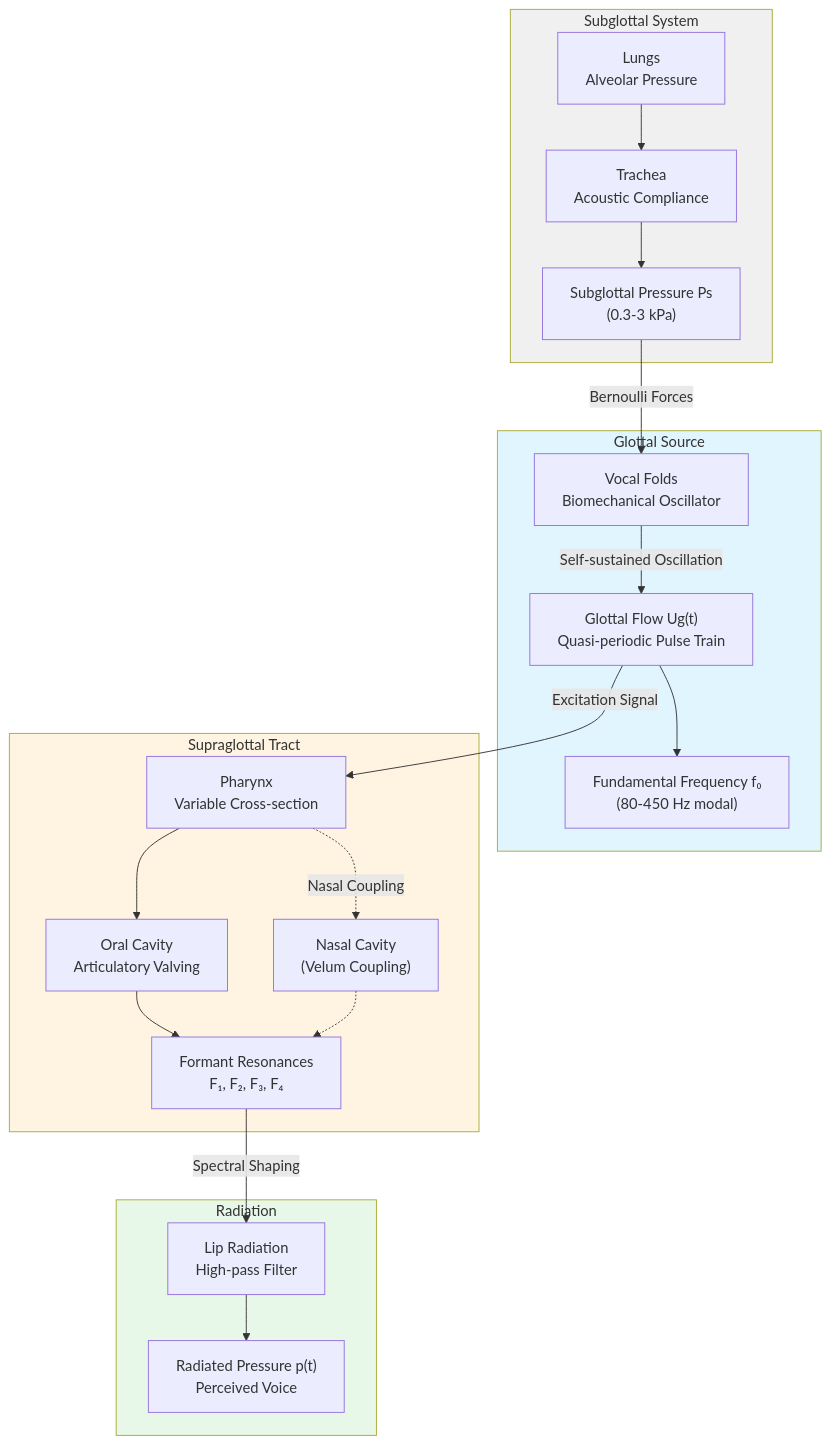
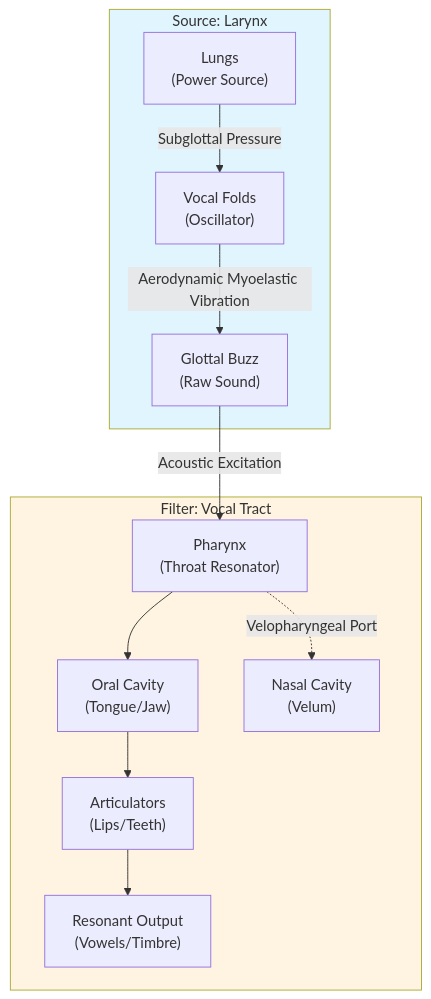
One commit to blebleblee/synapse changed the diagram in topics/arts/music_performance/vocals/lesson_02_vocal_technique.md. Above: the diagram before and after it, drawn with Mermaid. The commit also changed other lines of this file and 4 other files, not shown here.

````diff
--- a/topics/arts/music_performance/vocals/lesson_02_vocal_technique.md
+++ b/topics/arts/music_performance/vocals/lesson_02_vocal_technique.md
@@ -44,44 +14,27 @@
 ```mermaid
 graph TB
-    subgraph Subglottal["Subglottal System"]
-        Lungs["Lungs<br/>Alveolar Pressure"]
-        Trachea["Trachea<br/>Acoustic Compliance"]
-        SubPress["Subglottal Pressure Ps<br/>(0.3-3 kPa)"]
+    subgraph sub_source ["Source: Larynx"]
+        A["Lungs<br/>(Power Source)"]
+        B["Vocal Folds<br/>(Oscillator)"]
+        C["Glottal Buzz<br/>(Raw Sound)"]
     end
     
-    subgraph Glottal["Glottal Source"]
-        VF["Vocal Folds<br/>Biomechanical Oscillator"]
-        Glottis["Glottal Flow Ug(t)<br/>Quasi-periodic Pulse Train"]
-        F0["Fundamental Frequency f₀<br/>(80-450 Hz modal)"]
+    subgraph sub_filter ["Filter: Vocal Tract"]
+        D["Pharynx<br/>(Throat Resonator)"]
+        E["Oral Cavity<br/>(Tongue/Jaw)"]
+        F["Nasal Cavity<br/>(Velum)"]
+        G["Articulators<br/>(Lips/Teeth)"]
+        H["Resonant Output<br/>(Vowels/Timbre)"]
     end
     
-    subgraph SupraG["Supraglottal Tract"]
-        Pharynx["Pharynx<br/>Variable Cross-section"]
-        Oral["Oral Cavity<br/>Articulatory Valving"]
-        Nasal["Nasal Cavity<br/>(Velum Coupling)"]
-        Formants["Formant Resonances<br/>F₁, F₂, F₃, F₄"]
-    end
+    A -->|"Subglottal Pressure"| B
+    B -->|"Aerodynamic Myoelastic Vibration"| C
+    C -->|"Acoustic Excitation"| D
+    D --> E
+    D -.->|Velopharyngeal Port| F
+    E --> G
+    G --> H
     
-    subgraph Radiation["Radiation"]
-        Lips["Lip Radiation<br/>High-pass Filter"]
-        AcousticOut["Radiated Pressure p(t)<br/>Perceived Voice"]
-    end
-    
-    Lungs --> Trachea
-    Trachea --> SubPress
-    SubPress -->|"Bernoulli Forces"| VF
-    VF -->|"Self-sustained Oscillation"| Glottis
-    Glottis --> F0
-    Glottis -->|"Excitation Signal"| Pharynx
-    Pharynx --> Oral
-    Pharynx -.->|"Nasal Coupling"| Nasal
-    Oral --> Formants
-    Nasal -.-> Formants
-    Formants -->|"Spectral Shaping"| Lips
-    Lips --> AcousticOut
-    
-    style Glottal fill:#e1f5ff
-    style SupraG fill:#fff4e1
-    style Subglottal fill:#f0f0f0
-    style Radiation fill:#e8f8e8
+    style sub_source fill:#e1f5ff
+    style sub_filter fill:#fff4e1
 ```
````
